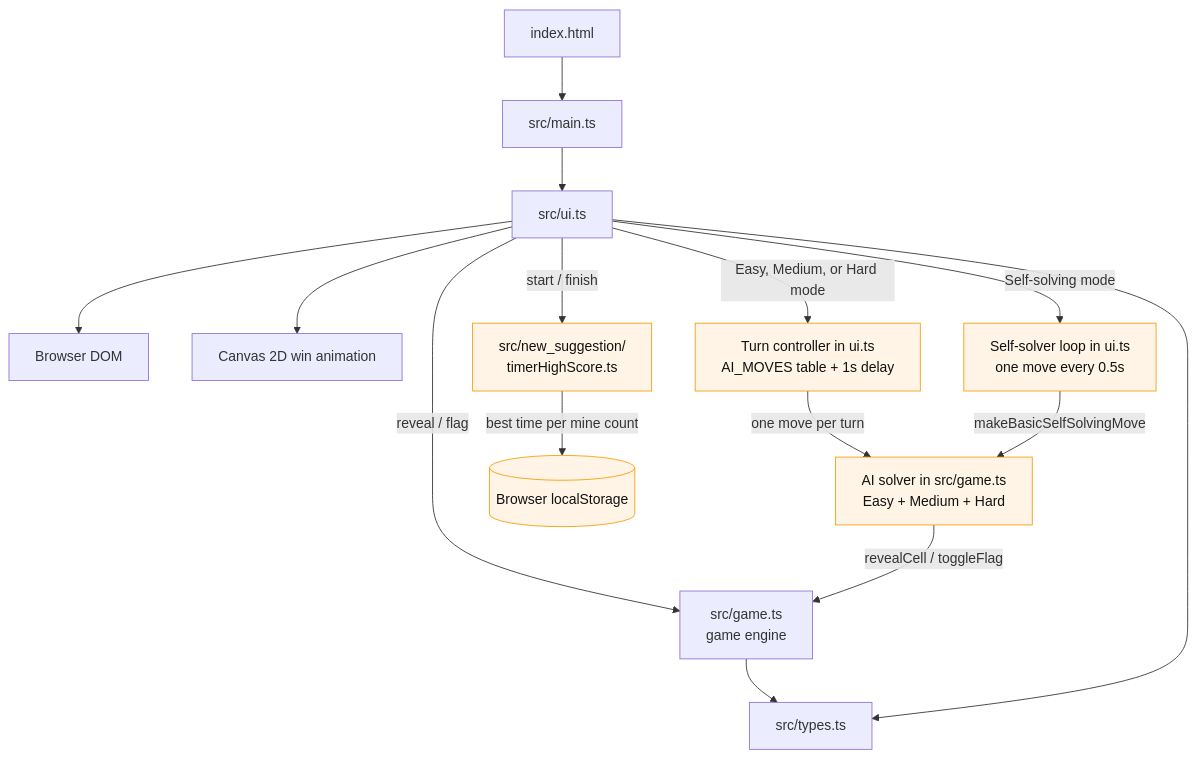
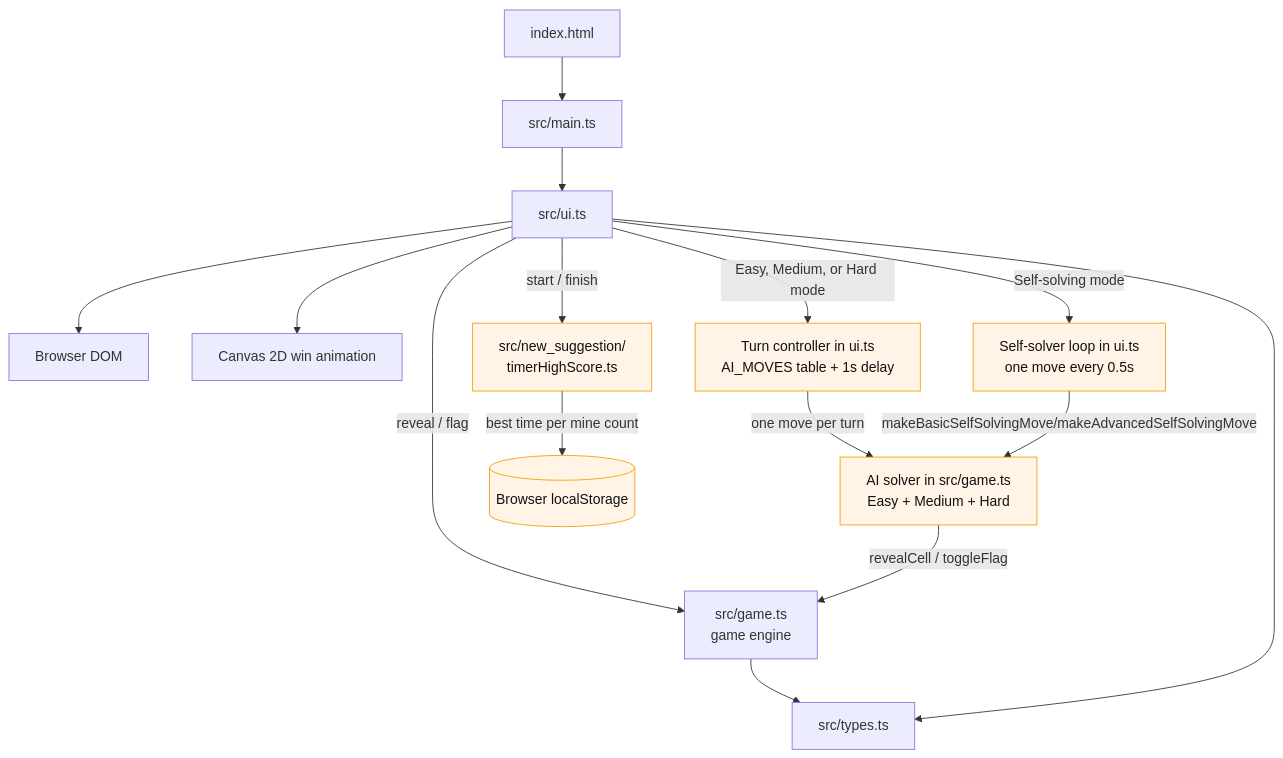
Before and after one commit to 540jmc17/JAKE-JOHN-REPO-WORK: the diagram in architecture.md, drawn with Mermaid. The commit also changed other lines of this file, not shown here.

````diff
--- a/architecture.md
+++ b/architecture.md
@@ -64,23 +11,23 @@
 ```mermaid
 flowchart TD
     HTML[index.html] --> Main[src/main.ts]
     Main --> UI[src/ui.ts]
 
     UI --> DOM[Browser DOM]
     UI --> Canvas[Canvas 2D win animation]
     UI -->|reveal / flag| Game[src/game.ts<br/>game engine]
     UI -->|Easy, Medium, or Hard mode| Turn[Turn controller in ui.ts<br/>AI_MOVES table + 1s delay]
     UI -->|Self-solving mode| Solver[Self-solver loop in ui.ts<br/>one move every 0.5s]
     UI -->|start / finish| Timer[src/new_suggestion/<br/>timerHighScore.ts]
 
     Turn -->|one move per turn| AI[AI solver in src/game.ts<br/>Easy + Medium + Hard]
-    Solver -->|makeBasicSelfSolvingMove| AI
+    Solver -->|makeBasicSelfSolvingMove/makeAdvancedSelfSolvingMove| AI
     AI -->|revealCell / toggleFlag| Game
     Timer -->|best time per mine count| Storage[(Browser localStorage)]
 
     Game --> Types[src/types.ts]
     UI --> Types
 
     classDef added fill:#fff4e5,stroke:#f59e0b,color:#111;
     class Turn,Solver,AI,Timer,Storage added;
 ```
````
